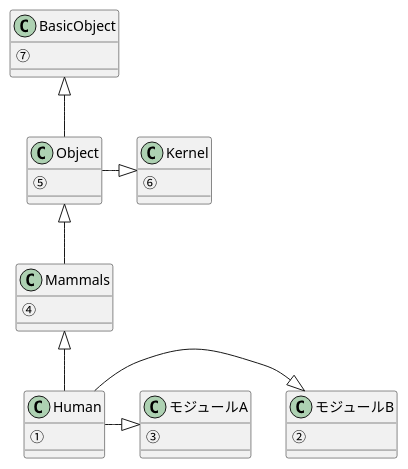
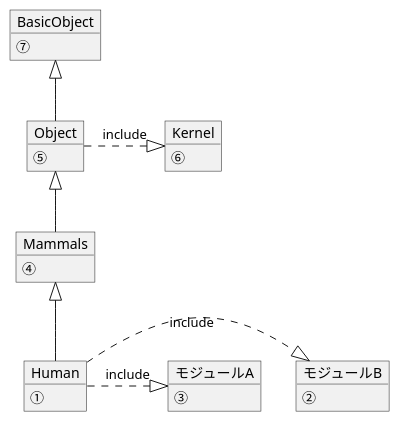
Before and after one commit to chiku-wa/RubyTest: the diagram in section08/08_09/08_09_01.plantuml, drawn with PlantUML. The commit also changed 5 other files, not shown here.

Commit message:
[change]Modify plantuml image.

```diff
--- a/section08/08_09/08_09_01.plantuml
+++ b/section08/08_09/08_09_01.plantuml
@@ -1,34 +1,38 @@
-class Human {
+@startuml
+
+object Human {
   ①
 }
 
-class モジュールB {
+object モジュールB {
   ②
 }
 
-class モジュールA {
+object モジュールA {
   ③
 }
 
-class Mammals {
+object Mammals {
   ④
 }
 
-class Object {
+object Object {
   ⑤
 }
 
-class Kernel {
+object Kernel {
   ⑥
 }
 
-class BasicObject {
+object BasicObject {
   ⑦
 }
 
-Human -r-|> モジュールB
-Human -r-|> モジュールA
+Human .r.|> モジュールB:include
+Human .r.|> モジュールA:include
 Mammals <|-- Human
 Object <|-- Mammals
-Object -r-|> Kernel
+Object .r.|> Kernel:include
 BasicObject <|-- Object
+
+@enduml
```
